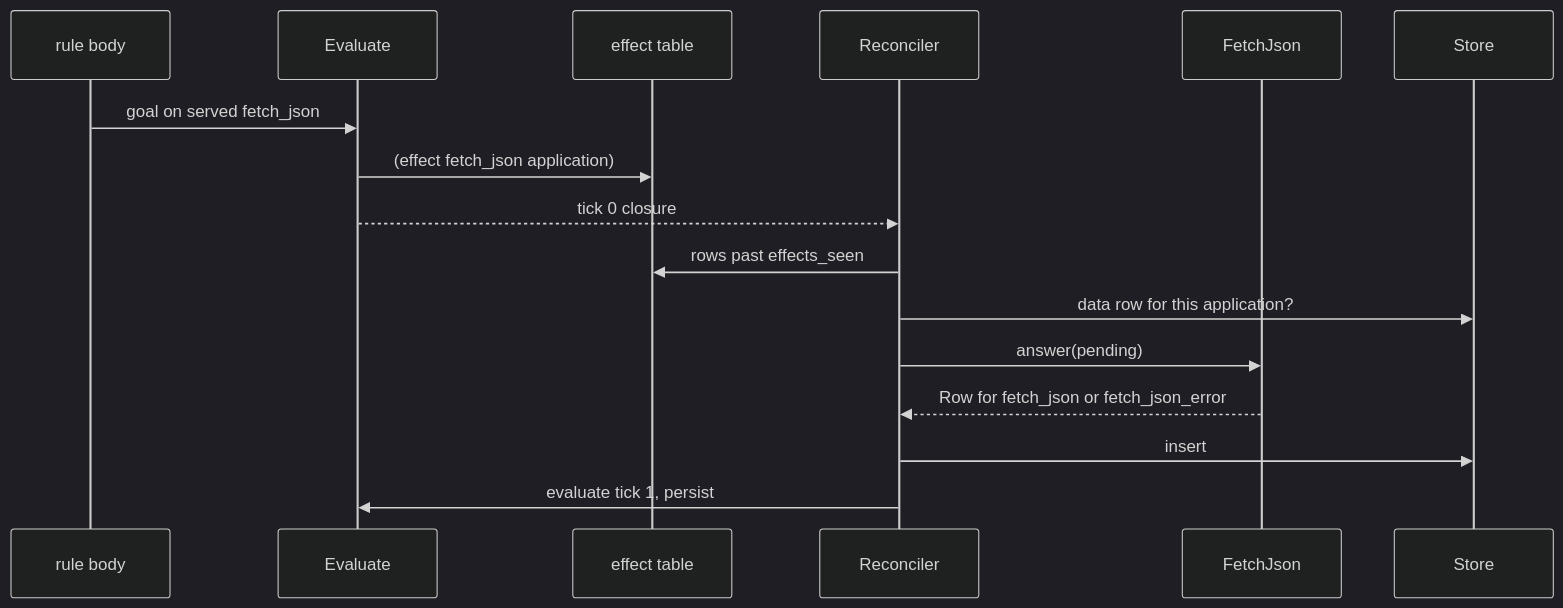
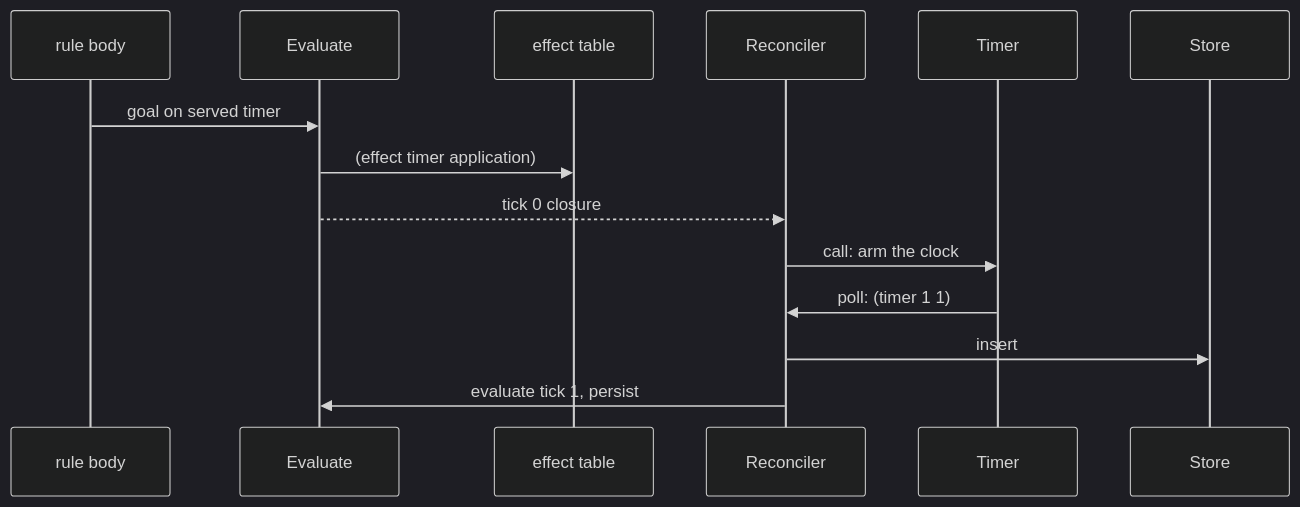
Before and after one commit to hafley66/sprefa: the diagram in book/src/hosting/0_the_seam.md, drawn with Mermaid (dark theme). The commit also changed other lines of this file and 3 other files, not shown here.

Commit message:
Book: call/poll, wake and settle, http.fetch and http.serve

````diff
--- a/book/src/hosting/0_the_seam.md
+++ b/book/src/hosting/0_the_seam.md
@@ -42,18 +34,16 @@
 ```mermaid
 sequenceDiagram
   participant Rule as rule body
   participant Eval as Evaluate
   participant Effect as effect table
   participant Rec as Reconciler
-  participant Exec as FetchJson
+  participant Exec as Timer
   participant Rows as Store
-  Rule->>Eval: goal on served fetch_json
-  Eval->>Effect: (effect fetch_json application)
+  Rule->>Eval: goal on served timer
+  Eval->>Effect: (effect timer application)
   Eval-->>Rec: tick 0 closure
-  Rec->>Effect: rows past effects_seen
-  Rec->>Rows: data row for this application?
-  Rec->>Exec: answer(pending)
-  Exec-->>Rec: Row for fetch_json or fetch_json_error
+  Rec->>Exec: call: arm the clock
+  Exec->>Rec: poll: (timer 1 1)
   Rec->>Rows: insert
   Rec->>Eval: evaluate tick 1, persist
 ```
````
